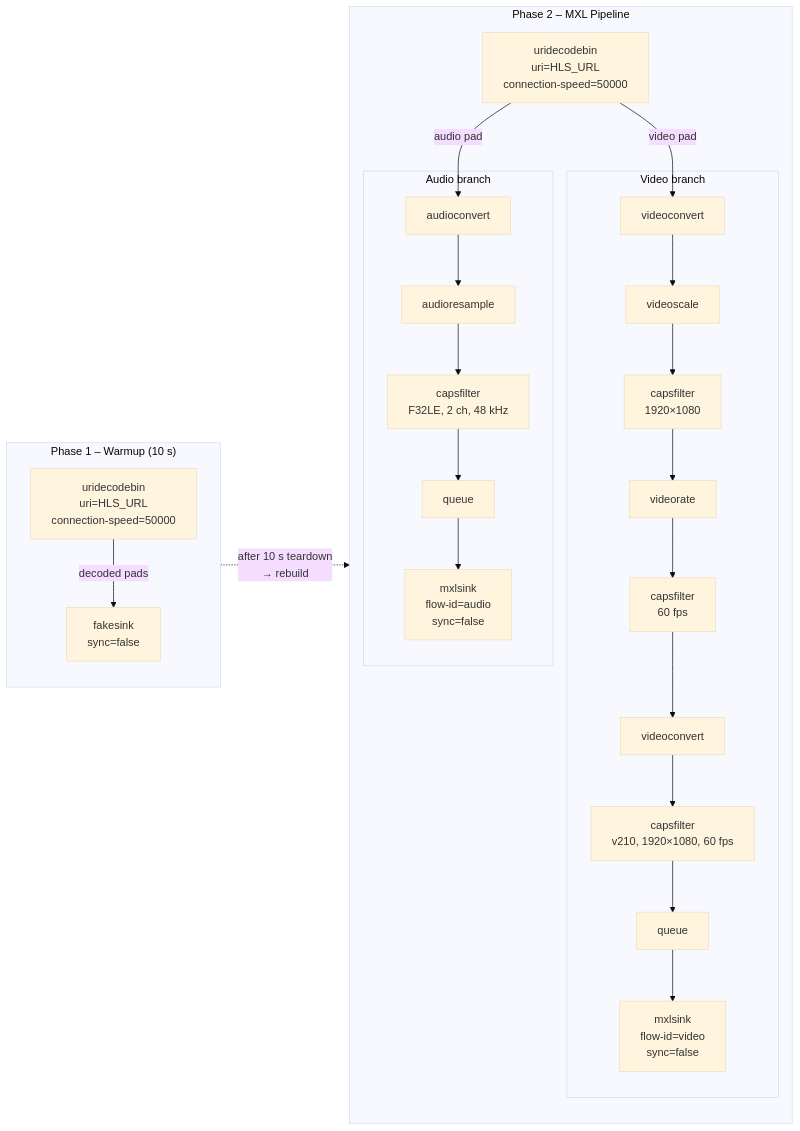
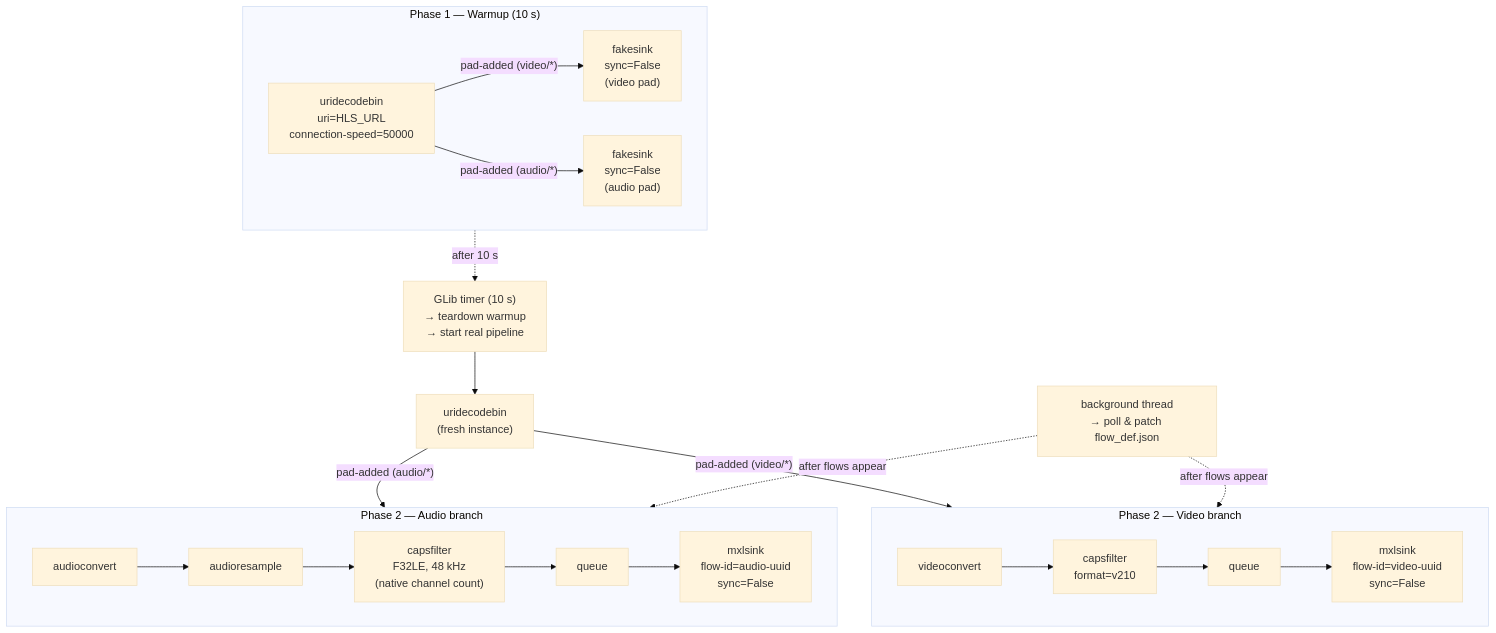
The third of 6 diagrams in gst-apps/gstreamer-pipeline.md (cbcrc/mxl-hands-on), drawn with Mermaid (base theme) before and after one commit. The commit also changed other lines of this file and 12 other files, not shown here.

````diff
--- a/gst-apps/gstreamer-pipeline.md
+++ b/gst-apps/gstreamer-pipeline.md
@@ -284,39 +321,43 @@
 ```mermaid
-flowchart LR
-    subgraph phase1["Phase 1 – Warmup (10 s)"]
-        w_src["uridecodebin\nuri=HLS_URL\nconnection-speed=50000"]
-        w_fake["fakesink\nsync=false"]
-        w_src -->|"decoded pads"| w_fake
+flowchart TB
+    subgraph warmup["Phase 1 — Warmup (10 s)"]
+        direction LR
+        wsrc["uridecodebin\nuri=HLS_URL\nconnection-speed=50000"]
+        wfs1["fakesink\nsync=False\n(video pad)"]
+        wfs2["fakesink\nsync=False\n(audio pad)"]
+        wsrc -- "pad-added (video/*)" --> wfs1
+        wsrc -- "pad-added (audio/*)" --> wfs2
     end
 
-    subgraph phase2["Phase 2 – MXL Pipeline"]
-        src["uridecodebin\nuri=HLS_URL\nconnection-speed=50000"]
+    timer["GLib timer (10 s)\n→ teardown warmup\n→ start real pipeline"]
+    warmup -. "after 10 s" .-> timer
 
-        subgraph vbranch["Video branch"]
-            vconv1["videoconvert"]
-            vscale["videoscale"]
-            vrcaps["capsfilter\n1920×1080"]
-            vrate["videorate"]
-            vfcaps["capsfilter\n60 fps"]
-            vconv2["videoconvert"]
-            vfinal["capsfilter\nv210, 1920×1080, 60 fps"]
-            vqueue["queue"]
-            vsink["mxlsink\nflow-id=video\nsync=false"]
-            vconv1 --> vscale --> vrcaps --> vrate --> vfcaps --> vconv2 --> vfinal --> vqueue --> vsink
-        end
+    subgraph video_branch["Phase 2 — Video branch"]
+        direction LR
+        vconv["videoconvert"]
+        vcaps["capsfilter\nformat=v210"]
+        vqueue["queue"]
+        vsink["mxlsink\nflow-id=video-uuid\nsync=False"]
 
-        subgraph abranch["Audio branch"]
-            aconv["audioconvert"]
-            aresample["audioresample"]
-            acaps["capsfilter\nF32LE, 2 ch, 48 kHz"]
-            aqueue["queue"]
-            asink["mxlsink\nflow-id=audio\nsync=false"]
-            aconv --> aresample --> acaps --> aqueue --> asink
-        end
-
-        src -->|"video pad"| vconv1
-        src -->|"audio pad"| aconv
+        vconv --> vcaps --> vqueue --> vsink
     end
 
-    phase1 -. "after 10 s teardown\n→ rebuild" .-> phase2
+    subgraph audio_branch["Phase 2 — Audio branch"]
+        direction LR
+        aconv["audioconvert"]
+        aresample["audioresample"]
+        acaps["capsfilter\nF32LE, 48 kHz\n(native channel count)"]
+        aqueue["queue"]
+        asink["mxlsink\nflow-id=audio-uuid\nsync=False"]
+
+        aconv --> aresample --> acaps --> aqueue --> asink
+    end
+
+    src2["uridecodebin\n(fresh instance)"]
+    timer --> src2
+    src2 -- "pad-added (video/*)" --> vconv
+    src2 -- "pad-added (audio/*)" --> aconv
+
+    patch["background thread\n→ poll & patch flow_def.json"] -. "after flows appear" .-> vsink
+    patch -. "after flows appear" .-> asink
 ```
````
